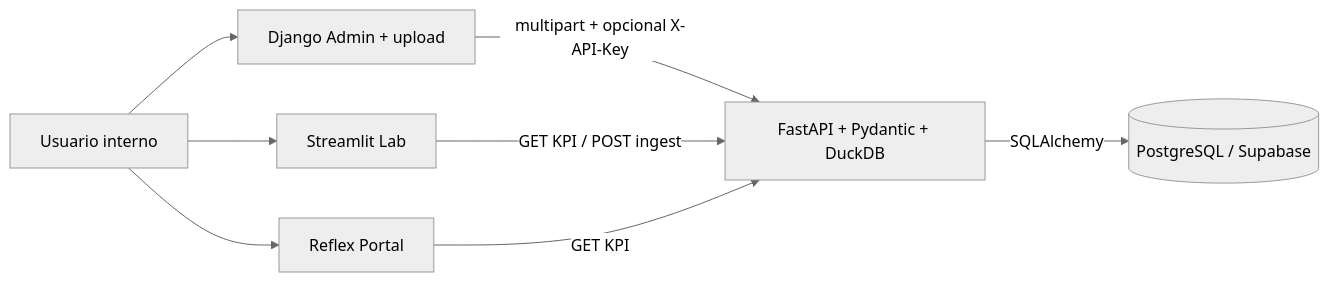
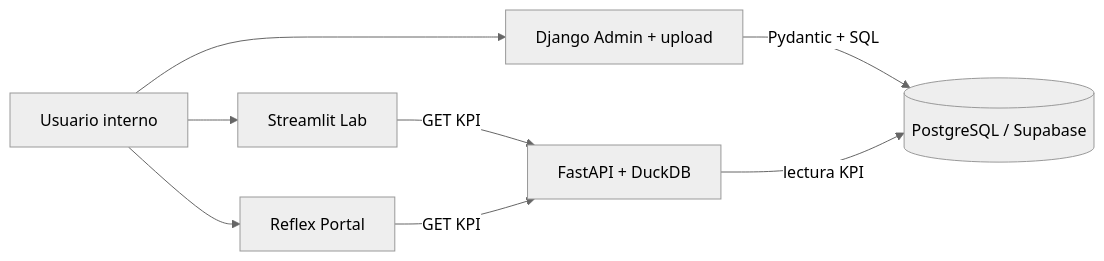
The diagram in docs/ecosystem.md (angelucv/insurance-intelligence-hub), drawn with Mermaid (neutral theme) before and after one commit. The commit also changed other lines of this file and 19 other files, not shown here.

````diff
--- a/docs/ecosystem.md
+++ b/docs/ecosystem.md
@@ -5,17 +5,17 @@
 ```mermaid
 flowchart LR
   U[Usuario interno]
   DJ[Django Admin + upload]
   ST[Streamlit Lab]
   RF[Reflex Portal]
-  API[FastAPI + Pydantic + DuckDB]
+  API[FastAPI + DuckDB]
   PG[(PostgreSQL / Supabase)]
 
   U --> DJ
   U --> ST
   U --> RF
-  DJ -->|multipart + opcional X-API-Key| API
-  ST -->|GET KPI / POST ingest| API
+  DJ -->|Pydantic + SQL| PG
+  ST -->|GET KPI| API
   RF -->|GET KPI| API
-  API -->|SQLAlchemy| PG
+  API -->|lectura KPI| PG
 ```
````
